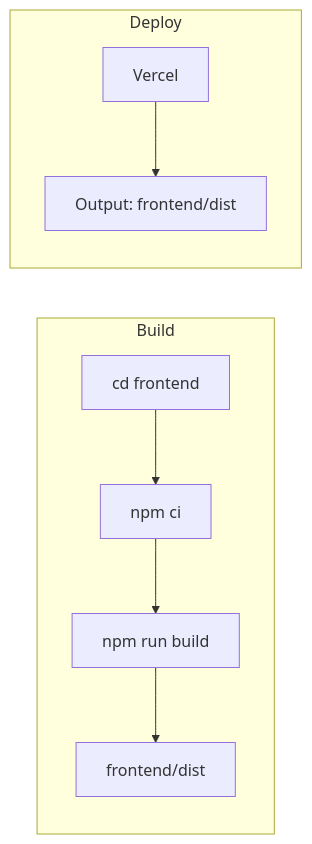
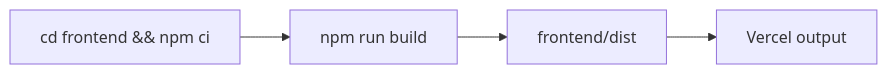
Before and after one commit to Ivaanildo/monitoramento-dinamico: the second of 3 diagrams in docs/arquitetura/03-deploy.md, drawn with Mermaid. The commit also changed other lines of this file and 12 other files, not shown here.

````diff
--- a/docs/arquitetura/03-deploy.md
+++ b/docs/arquitetura/03-deploy.md
@@ -66,12 +37,6 @@
 ```mermaid
 flowchart LR
-    subgraph Build
-        B1[cd frontend] --> B2[npm ci]
-        B2 --> B3[npm run build]
-        B3 --> B4[frontend/dist]
-    end
-
-    subgraph Deploy
-        D1[Vercel] --> D2[Output: frontend/dist]
-    end
+    Install["cd frontend && npm ci"] --> Build["npm run build"]
+    Build --> Dist["frontend/dist"]
+    Dist --> Vercel["Vercel output"]
 ```
````
